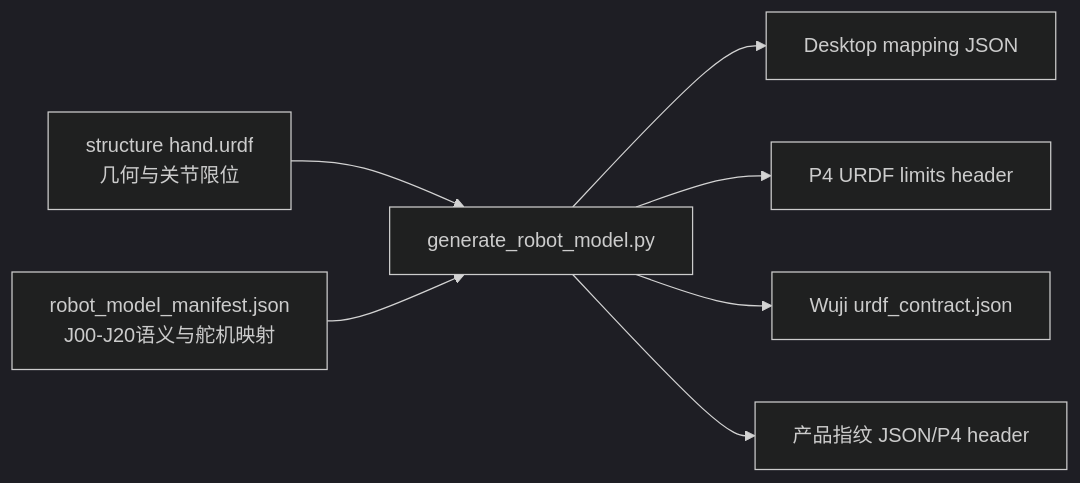
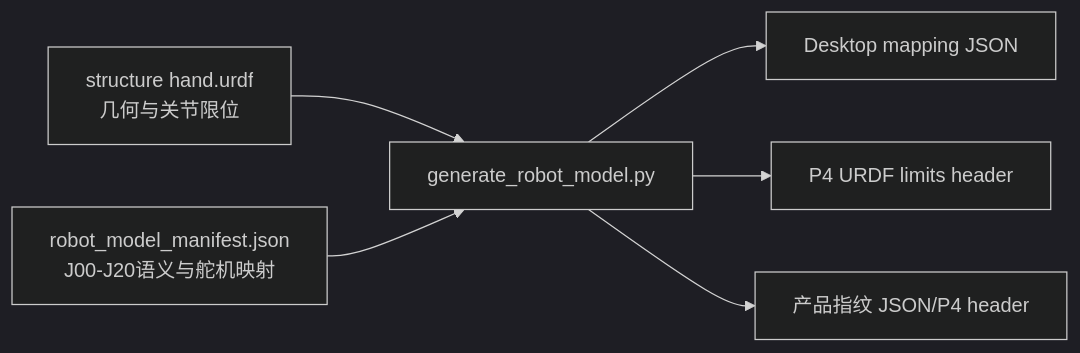
One commit to mm-hand/mmhand-core-software changed the diagram in ESP32-P4/ServoBoardMain/docs/P0_机器人模型单一数据源与产品指纹_20260731.md. Above: the diagram before and after it, drawn with Mermaid (dark theme). The commit also changed other lines of this file and 56 other files, not shown here.

````diff
--- a/ESP32-P4/ServoBoardMain/docs/P0_机器人模型单一数据源与产品指纹_20260731.md
+++ b/ESP32-P4/ServoBoardMain/docs/P0_机器人模型单一数据源与产品指纹_20260731.md
@@ -17,9 +17,8 @@
 ```mermaid
 flowchart LR
     A["structure hand.urdf\n几何与关节限位"] --> C["generate_robot_model.py"]
     B["robot_model_manifest.json\nJ00-J20语义与舵机映射"] --> C
     C --> D["Desktop mapping JSON"]
     C --> E["P4 URDF limits header"]
-    C --> F["Wuji urdf_contract.json"]
     C --> G["产品指纹 JSON/P4 header"]
 ```
````
